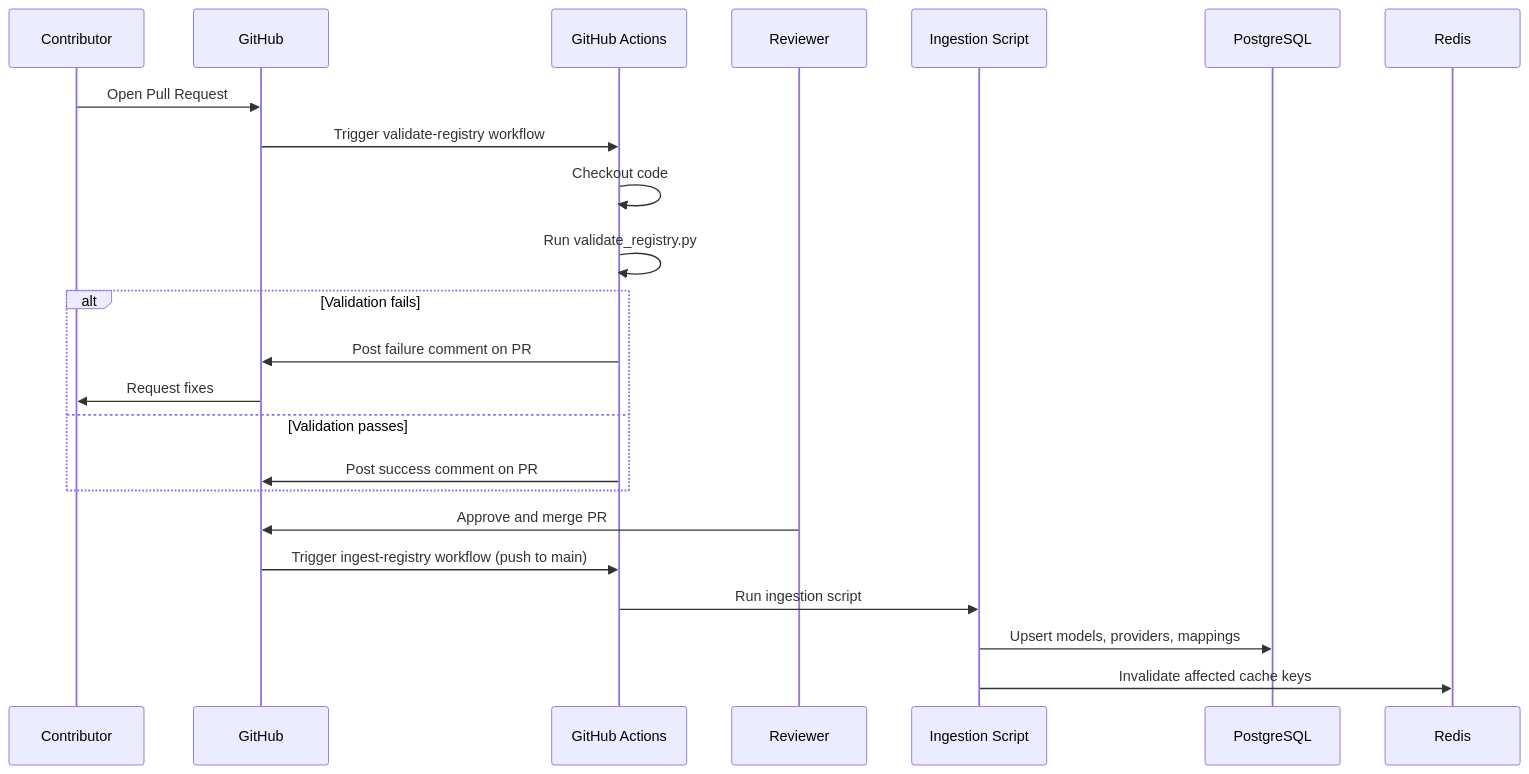
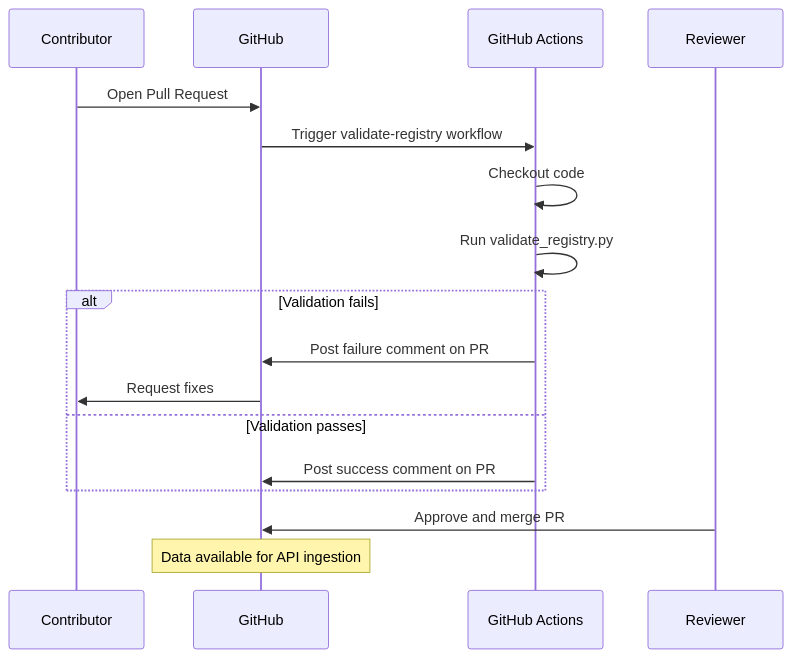
The first of 4 diagrams in content/architecture/data-flow.mdx (openmodelsrun/docs), drawn with Mermaid before and after one commit. The commit also changed other lines of this file and 9 other files, not shown here.

Commit message:
0.6.2 – update terminology from "platform" to "registry" and simplify architecture diagrams

````diff
--- a/content/architecture/data-flow.mdx
+++ b/content/architecture/data-flow.mdx
@@ -14,26 +14,20 @@
 ```mermaid
 sequenceDiagram
     participant Contributor
     participant GitHub
     participant Actions as GitHub Actions
     participant Reviewer
-    participant Ingestion as Ingestion Script
-    participant DB as PostgreSQL
-    participant Cache as Redis
 
     Contributor->>GitHub: Open Pull Request
     GitHub->>Actions: Trigger validate-registry workflow
     Actions->>Actions: Checkout code
     Actions->>Actions: Run validate_registry.py
     alt Validation fails
         Actions->>GitHub: Post failure comment on PR
         GitHub->>Contributor: Request fixes
     else Validation passes
         Actions->>GitHub: Post success comment on PR
     end
     Reviewer->>GitHub: Approve and merge PR
-    GitHub->>Actions: Trigger ingest-registry workflow (push to main)
-    Actions->>Ingestion: Run ingestion script
-    Ingestion->>DB: Upsert models, providers, mappings
-    Ingestion->>Cache: Invalidate affected cache keys
+    Note over GitHub: Data available for API ingestion
 ```
````
